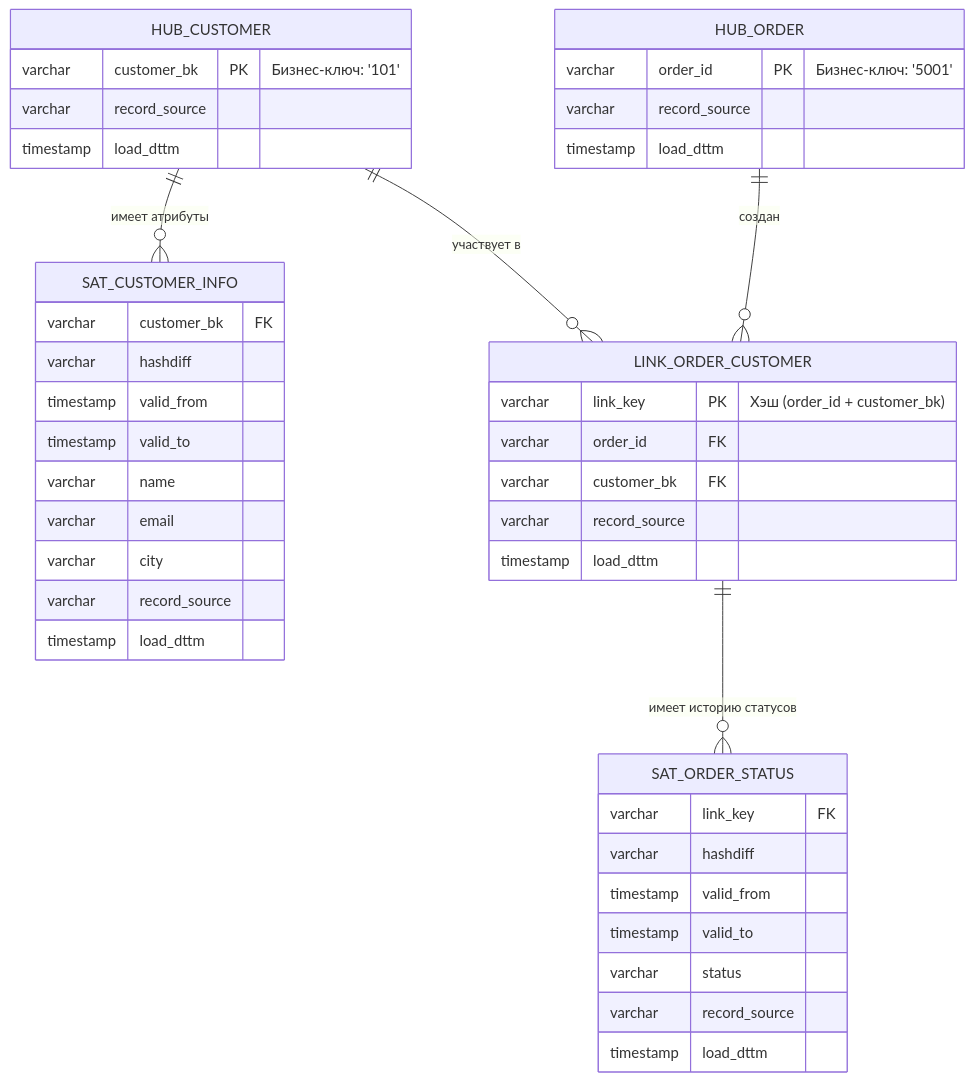
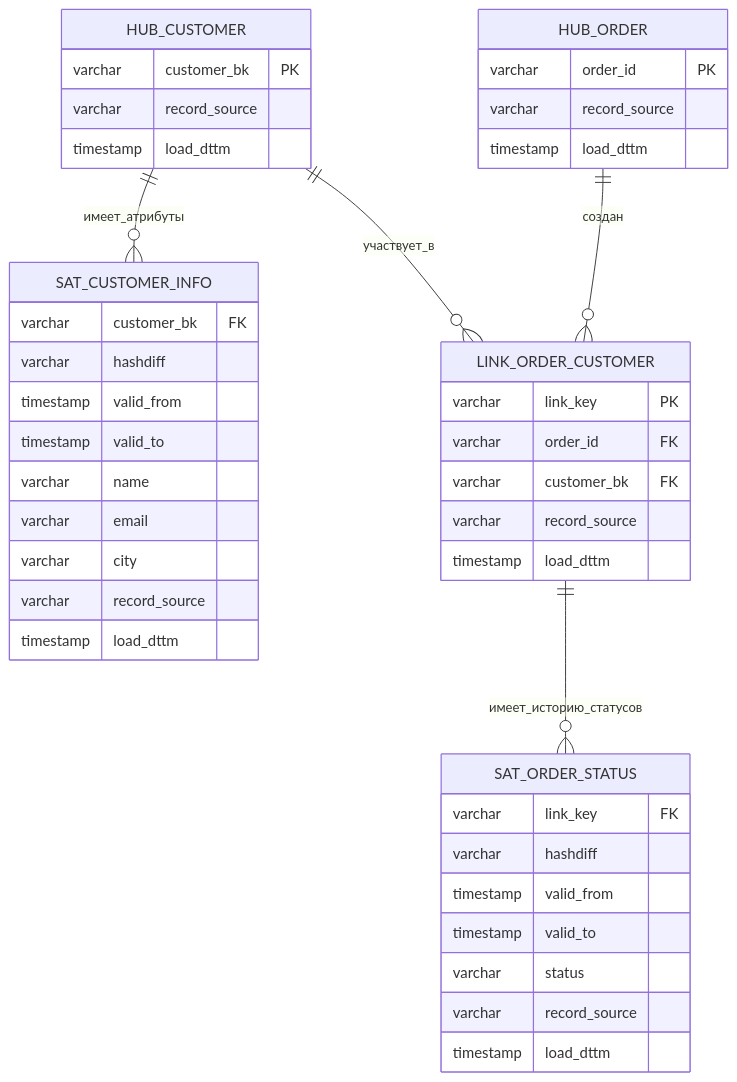
Before and after one commit to dementev-dev/de-roadmap: the first of 2 diagrams in dwh-modeling/DataVault.md, drawn with Mermaid. The commit also changed other lines of this file, not shown here.

````diff
--- a/dwh-modeling/DataVault.md
+++ b/dwh-modeling/DataVault.md
@@ -60,49 +70,49 @@
 ```mermaid
 erDiagram
-    HUB_CUSTOMER ||--o{ SAT_CUSTOMER_INFO : "имеет атрибуты"
-    HUB_CUSTOMER ||--o{ LINK_ORDER_CUSTOMER : "участвует в"
-    HUB_ORDER ||--o{ LINK_ORDER_CUSTOMER : "создан"
-    LINK_ORDER_CUSTOMER ||--o{ SAT_ORDER_STATUS : "имеет историю статусов"
+    HUB_CUSTOMER ||--o{ SAT_CUSTOMER_INFO : имеет_атрибуты
+    HUB_CUSTOMER ||--o{ LINK_ORDER_CUSTOMER : участвует_в
+    HUB_ORDER ||--o{ LINK_ORDER_CUSTOMER : создан
+    LINK_ORDER_CUSTOMER ||--o{ SAT_ORDER_STATUS : имеет_историю_статусов
 
     HUB_CUSTOMER {
-        varchar customer_bk PK "Бизнес-ключ: '101'"
+        varchar customer_bk PK
         varchar record_source
         timestamp load_dttm
     }
     
     HUB_ORDER {
-        varchar order_id PK "Бизнес-ключ: '5001'"
+        varchar order_id PK
         varchar record_source
         timestamp load_dttm
     }
     
     LINK_ORDER_CUSTOMER {
-        varchar link_key PK "Хэш (order_id + customer_bk)"
+        varchar link_key PK
         varchar order_id FK
         varchar customer_bk FK
         varchar record_source
         timestamp load_dttm
     }
     
     SAT_CUSTOMER_INFO {
         varchar customer_bk FK
         varchar hashdiff
         timestamp valid_from
         timestamp valid_to
         varchar name
         varchar email
         varchar city
         varchar record_source
         timestamp load_dttm
     }
     
     SAT_ORDER_STATUS {
         varchar link_key FK
         varchar hashdiff
         timestamp valid_from
         timestamp valid_to
         varchar status
         varchar record_source
         timestamp load_dttm
     }
 ```
````
